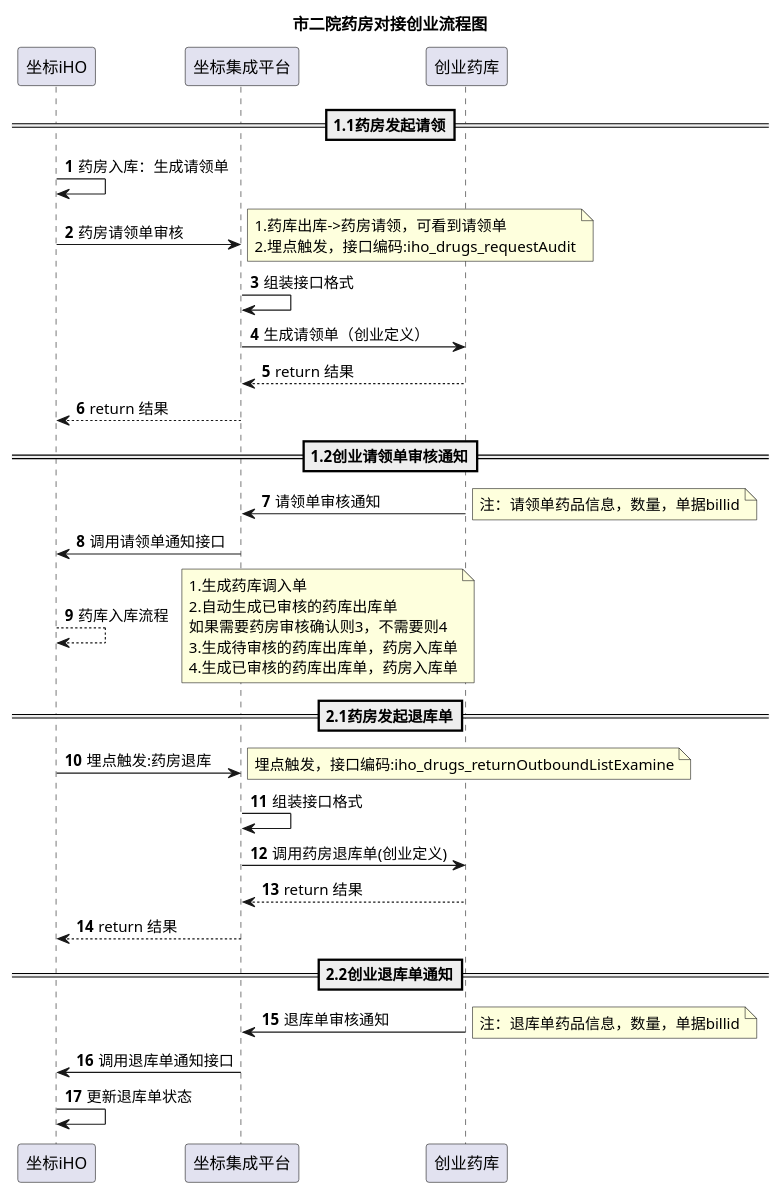
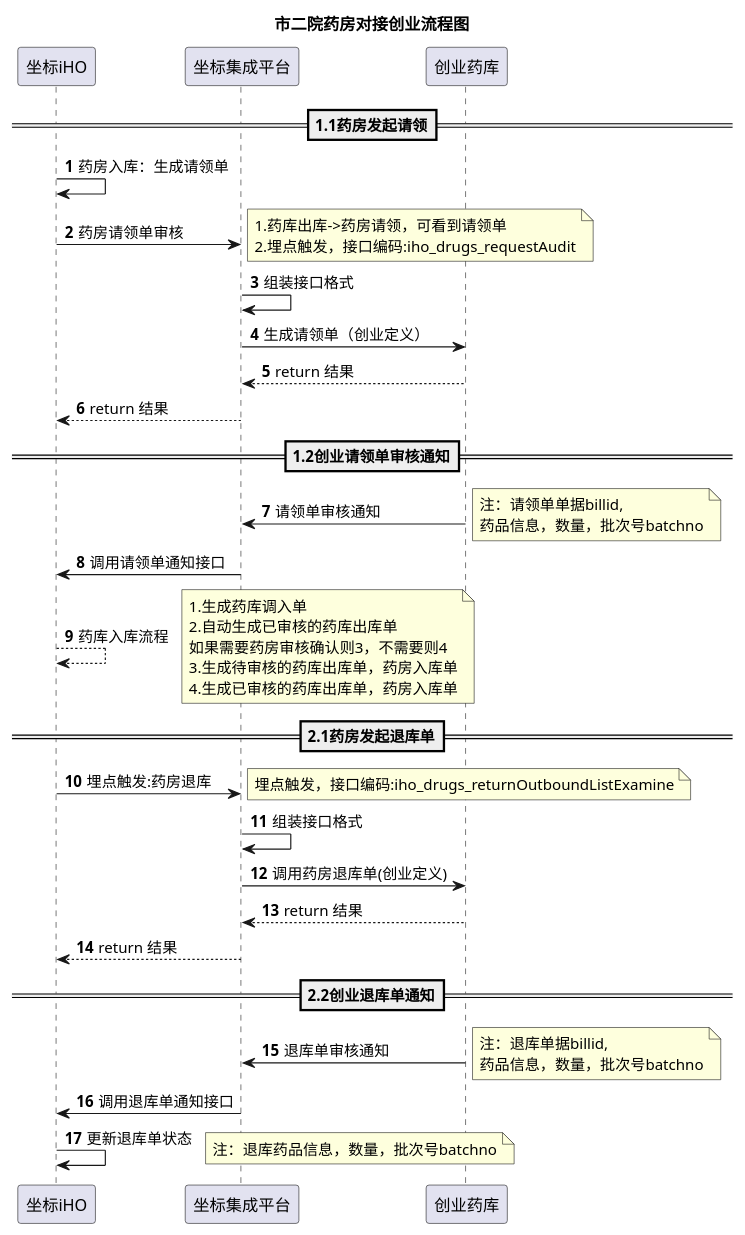
Before and after one commit to aoheng/PlantUML: the diagram in uml/cnhis/市二院对接.puml, drawn with PlantUML.

Commit message:
feat: 二院对接

```diff
--- a/uml/cnhis/市二院对接.puml
+++ b/uml/cnhis/市二院对接.puml
@@ -1,51 +1,55 @@
 @startuml
 'https://plantuml.com/sequence-diagram
 title 市二院药房对接创业流程图
 autonumber
 
 ==1.1药房发起请领==
 坐标iHO -> 坐标iHO: 药房入库：生成请领单
 坐标iHO -> 坐标集成平台: 药房请领单审核
 note right
 1.药库出库->药房请领，可看到请领单
 2.埋点触发，接口编码:iho_drugs_requestAudit
 end note
 坐标集成平台 -> 坐标集成平台: 组装接口格式
 坐标集成平台 -> 创业药库: 生成请领单（创业定义）
 坐标集成平台 <-- 创业药库: return 结果
 坐标iHO <-- 坐标集成平台: return 结果
 
 ==1.2创业请领单审核通知==
 创业药库 -> 坐标集成平台: 请领单审核通知
 note right
-注：请领单药品信息，数量，单据billid
+注：请领单单据billid,
+药品信息，数量，批次号batchno
 end note
 坐标iHO <- 坐标集成平台: 调用请领单通知接口
 坐标iHO --> 坐标iHO: 药库入库流程
 note right
 1.生成药库调入单
 2.自动生成已审核的药库出库单
 如果需要药房审核确认则3，不需要则4
 3.生成待审核的药库出库单，药房入库单
 4.生成已审核的药库出库单，药房入库单
 end note
 
 ==2.1药房发起退库单==
 坐标iHO -> 坐标集成平台: 埋点触发:药房退库
 note right
 埋点触发，接口编码:iho_drugs_returnOutboundListExamine
 end note
 坐标集成平台 -> 坐标集成平台: 组装接口格式
 创业药库 <- 坐标集成平台: 调用药房退库单(创业定义)
 创业药库 --> 坐标集成平台: return 结果
 坐标iHO <-- 坐标集成平台: return 结果
 
 ==2.2创业退库单通知==
 创业药库 -> 坐标集成平台: 退库单审核通知
 note right
-注：退库单药品信息，数量，单据billid
+注：退库单据billid,
+药品信息，数量，批次号batchno
 end note
 坐标iHO <- 坐标集成平台: 调用退库单通知接口
 坐标iHO -> 坐标iHO: 更新退库单状态
-
+note right
+注：退库药品信息，数量，批次号batchno
+end note
 @enduml
```
